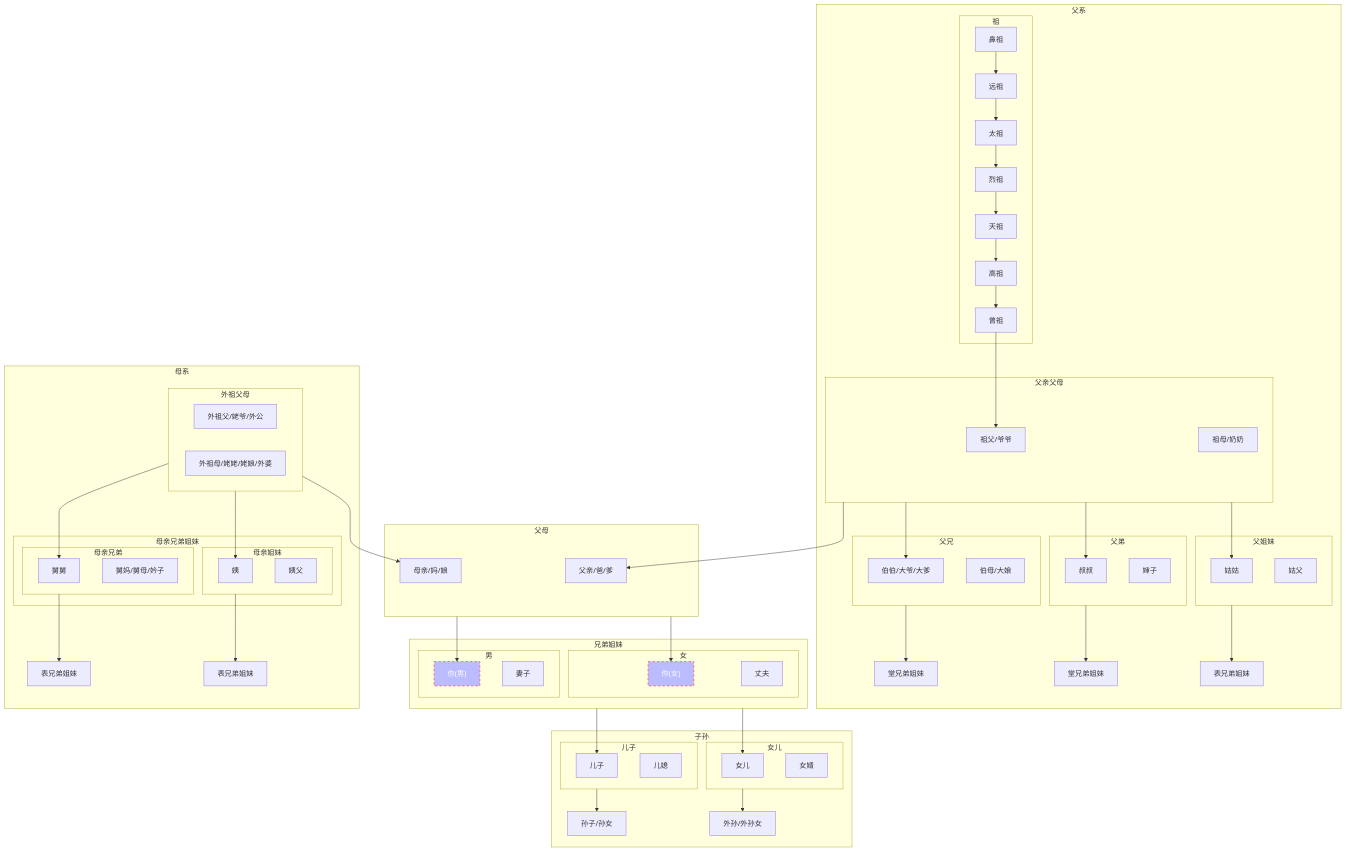
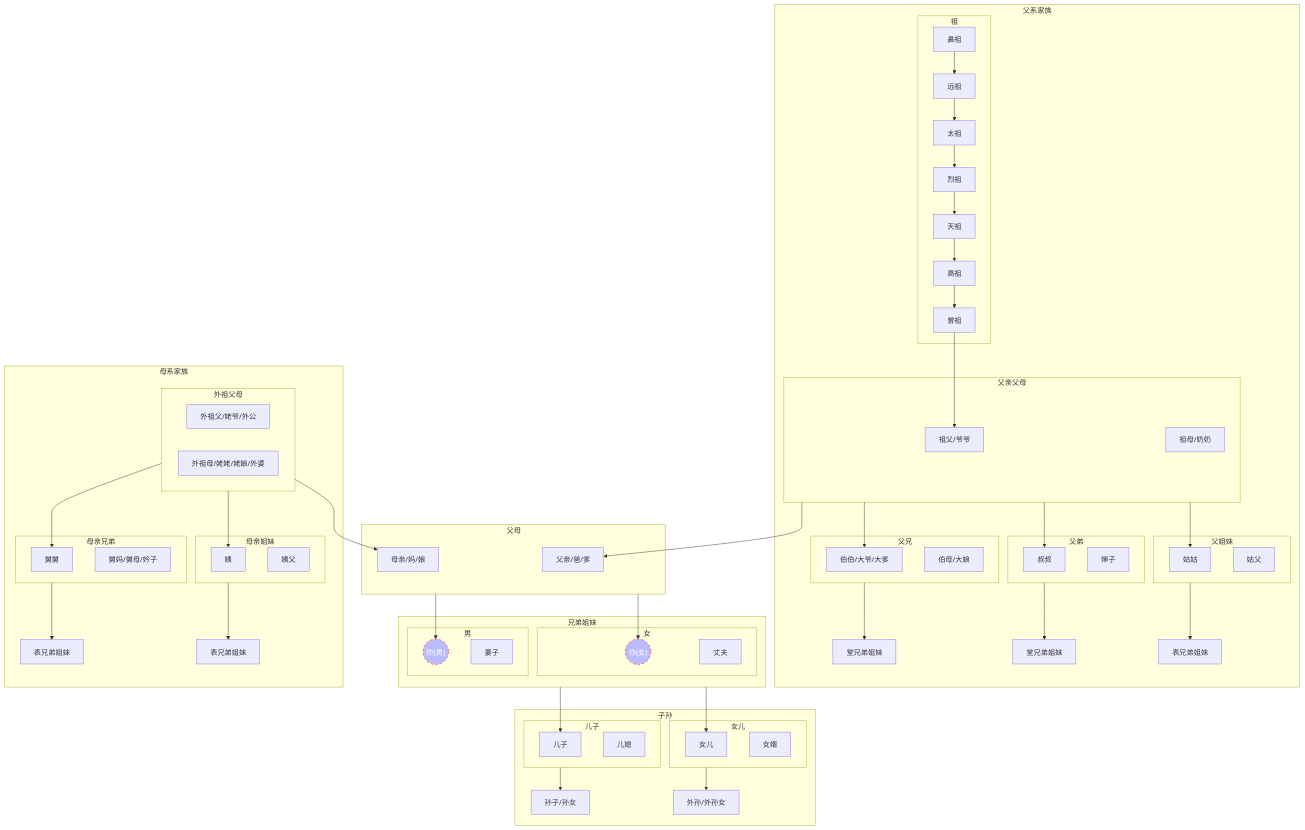
One commit to junxnone/wiki changed the diagram in docs/0100_杂项_家族关系图.md. Above: the diagram before and after it, drawn with Mermaid. The commit also changed other lines of this file, not shown here.

Commit message:
Add new comment

````diff
--- a/docs/0100_杂项_家族关系图.md
+++ b/docs/0100_杂项_家族关系图.md
@@ -11,114 +10,106 @@
 ```mermaid
 
+
 graph TD
+    classDef someclass fill:#bbf,stroke:#f66,stroke-width:2px,color:#fff,stroke-dasharray: 5 5
 
     subgraph 兄弟姐妹
-    classDef someclass fill:#bbf,stroke:#f66,stroke-width:2px,color:#fff,stroke-dasharray: 5 5
-    subgraph 男
-    A["你(男)"]:::someclass
-    AX[妻子]
-    end
+        subgraph 男
+            A(("你(男)")):::someclass
+            AX[妻子]
+        end
 
-    subgraph 女
-    M["你(女)"]:::someclass
-    MY[丈夫]
-    end
-
+        subgraph 女
+            M(("你(女)")):::someclass 
+            MY[丈夫]
+        end
     end
     subgraph 父母
-    Y[父亲/爸/爹]
-    X[母亲/妈/娘]
+        Y[父亲/爸/爹]
+        X[母亲/妈/娘]
     end
     父母 --> A
     父母 --> M
 
     subgraph 子孙
-    subgraph 儿子
-    B[儿子]
-    BX[儿媳]
-    end
-    儿子 --> BB[孙子/孙女]
-    subgraph 女儿
-    C[女儿]
-    CY[女婿]
-    end
-    女儿 --> CC[外孙/外孙女]
-
-    
+        subgraph 儿子
+            B[儿子]
+            BX[儿媳]
+        end
+        儿子 --> BB[孙子/孙女]
+        subgraph 女儿
+            C[女儿]
+            CY[女婿]
+        end
+        女儿 --> CC[外孙/外孙女]
     end
     兄弟姐妹 --> B
     兄弟姐妹 --> C
 
+    subgraph 父系家族
+        subgraph 父亲父母
+            YY[祖父/爷爷] 
+            YX[祖母/奶奶]
+        end
+        父亲父母 --> Y
 
-    subgraph 父系
-    subgraph 父亲父母
-    YY[祖父/爷爷] 
-    YX[祖母/奶奶]
-    end
-    父亲父母 --> Y
+        subgraph 父兄
+            Y1[伯伯/大爷/大爹]
+            Y1Y[伯母/大娘]
+        end
+        父亲父母 --> Y1
+        父兄 --> Y11[堂兄弟姐妹]
 
-    subgraph 父兄
-    Y1[伯伯/大爷/大爹]
-    Y1Y[伯母/大娘]
-    end
-    父亲父母 --> Y1
-    父兄 --> Y11[堂兄弟姐妹]
-    subgraph 父弟
-    Y2[叔叔]
-    Y2Y[婶子]
-    end
-    父亲父母 --> Y2
-    父弟 --> Y21[堂兄弟姐妹]
+        subgraph 父弟
+            Y2[叔叔]
+            Y2Y[婶子]
+        end
+        父亲父母 --> Y2
+        父弟 --> Y21[堂兄弟姐妹]
 
-    subgraph 父姐妹
-    Y3[姑姑]
-    Y3Y[姑父]
-    end
-    父姐妹 --> Y31[表兄弟姐妹]
-    父亲父母 --> Y3
+        subgraph 父姐妹
+            Y3[姑姑]
+            Y3Y[姑父]
+        end
+        父姐妹 --> Y31[表兄弟姐妹]
+        父亲父母 --> Y3
 
-    subgraph 祖
-    YY1[曾祖]
-    YY2[高祖]
-    YY3[天祖]
-    YY4[烈祖]
-    YY5[太祖]
-    YY6[远祖]
-    YY7[鼻祖]
-    YY7 --> YY6 --> YY5 --> YY4 --> YY3 --> YY2--> YY1 --> YY
-    end
-
+        subgraph 祖
+            YY1[曾祖]
+            YY2[高祖]
+            YY3[天祖]
+            YY4[烈祖]
+            YY5[太祖]
+            YY6[远祖]
+            YY7[鼻祖]
+            YY7 --> YY6 --> YY5 --> YY4 --> YY3 --> YY2--> YY1 --> YY
+        end
     end
     
-    subgraph 母系
-    subgraph 外祖父母
-    XY[外祖父/姥爷/外公]
-    XX[外祖母/姥姥/姥娘/外婆]
-    end
-    
+    subgraph 母系家族
+        subgraph 外祖父母
+            XY[外祖父/姥爷/外公]
+            XX[外祖母/姥姥/姥娘/外婆]
+        end
 
-    subgraph 母亲姐妹
-    X2[姨]
-    X2Y[姨父]
-    end
-    母亲姐妹 --> X21[表兄弟姐妹]
+        subgraph 母亲姐妹
+            X2[姨]
+            X2Y[姨父]
+        end
+        母亲姐妹 --> X21[表兄弟姐妹]
 
-    subgraph 母亲兄弟
-    X1[舅舅]
-    X1X[舅妈/舅母/妗子]
-    end
-    母亲兄弟 --> X11[表兄弟姐妹]
-    外祖父母 --> X1
-    外祖父母 --> X2
-    外祖父母 --> X
-
-    subgraph 母亲兄弟姐妹
-    母亲姐妹
-    母亲兄弟
-    end
-
+        subgraph 母亲兄弟
+            X1[舅舅]
+            X1X[舅妈/舅母/妗子]
+        end
+        母亲兄弟 --> X11[表兄弟姐妹]
+        外祖父母 --> X1
+        外祖父母 --> X2
+        外祖父母 --> X
     end
     
 
 
+
+
 ```
````
